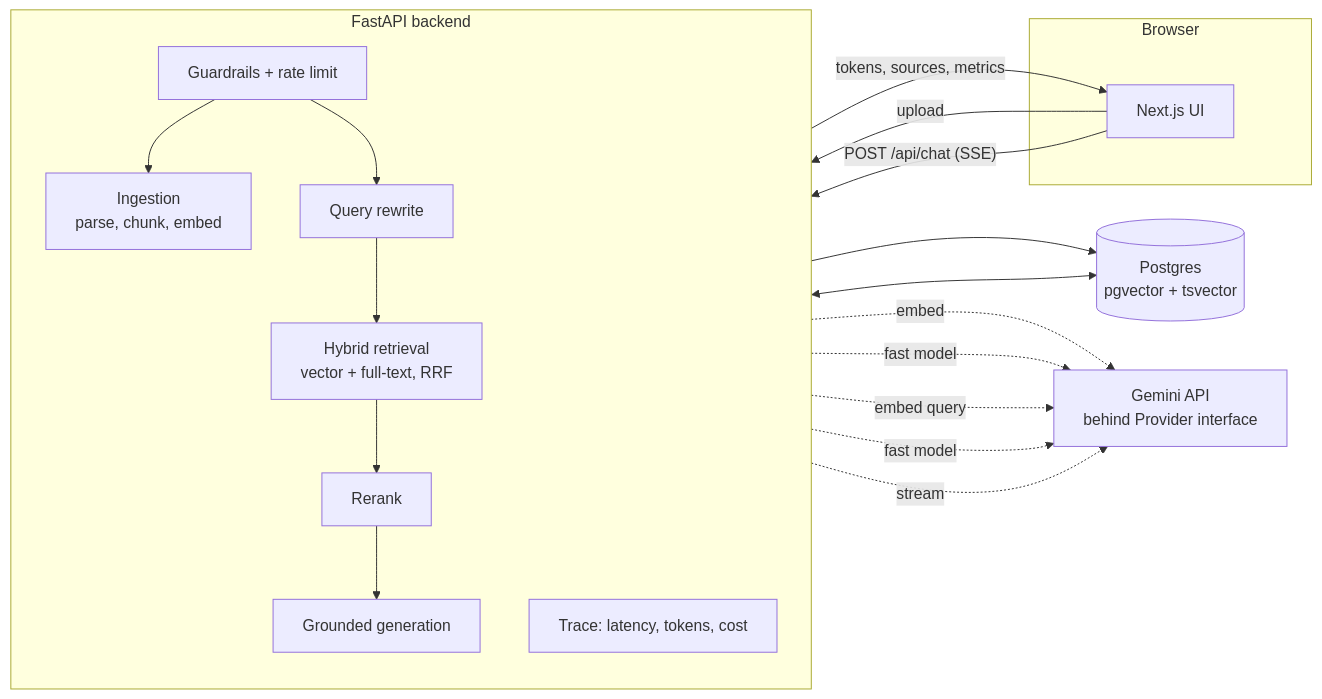
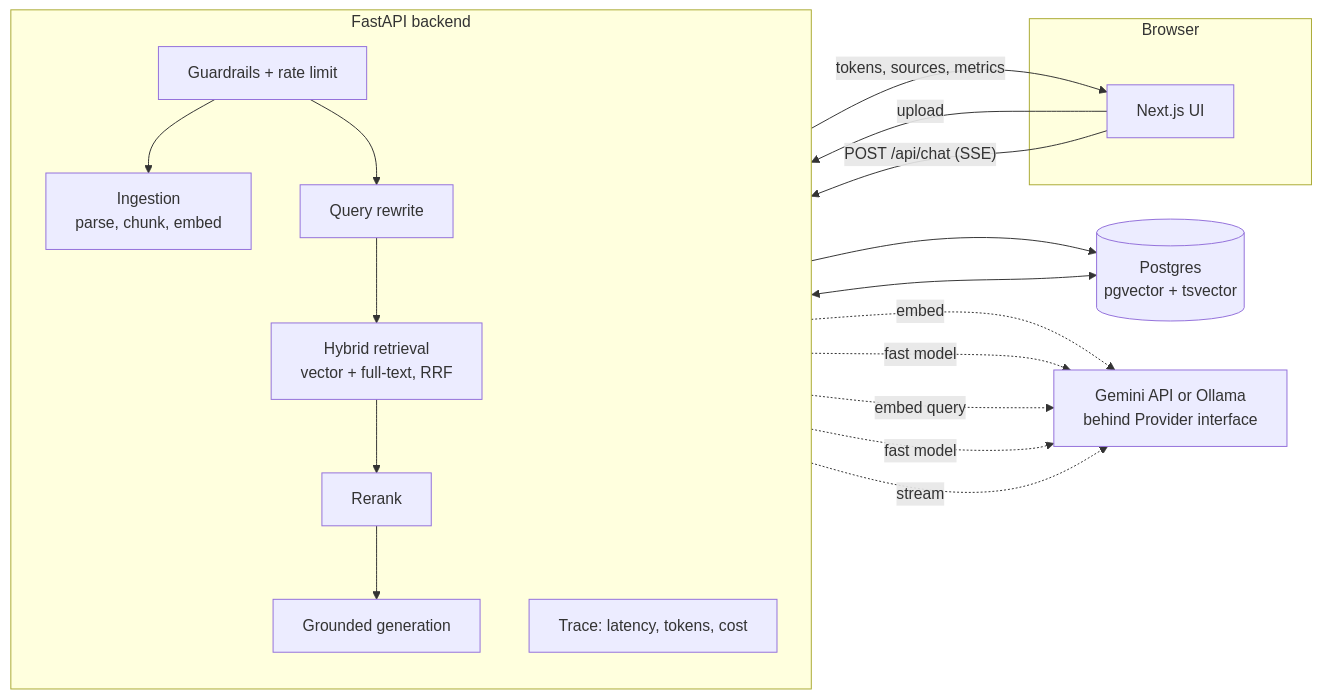
One commit to vishist-br/streaming-rag-chat changed the diagram in README.md. Above: the diagram before and after it, drawn with Mermaid. The commit also changed other lines of this file and 9 other files, not shown here.

````diff
--- a/README.md
+++ b/README.md
@@ -31,29 +33,29 @@
 ```mermaid
 flowchart LR
     subgraph Browser
         UI[Next.js UI]
     end
     subgraph Backend[FastAPI backend]
         direction TB
         ING[Ingestion<br/>parse, chunk, embed]
         RW[Query rewrite]
         RET[Hybrid retrieval<br/>vector + full-text, RRF]
         RR[Rerank]
         GEN[Grounded generation]
         G[Guardrails + rate limit]
         OBS[Trace: latency, tokens, cost]
     end
     PG[(Postgres<br/>pgvector + tsvector)]
-    LLM[Gemini API<br/>behind Provider interface]
+    LLM[Gemini API or Ollama<br/>behind Provider interface]
 
     UI -- upload --> G
     UI -- "POST /api/chat (SSE)" --> G
     G --> ING --> PG
     G --> RW --> RET --> RR --> GEN -- "tokens, sources, metrics" --> UI
     RET <--> PG
     ING -. embed .-> LLM
     RW -. fast model .-> LLM
     RET -. embed query .-> LLM
     RR -. fast model .-> LLM
     GEN -. stream .-> LLM
 ```
````
